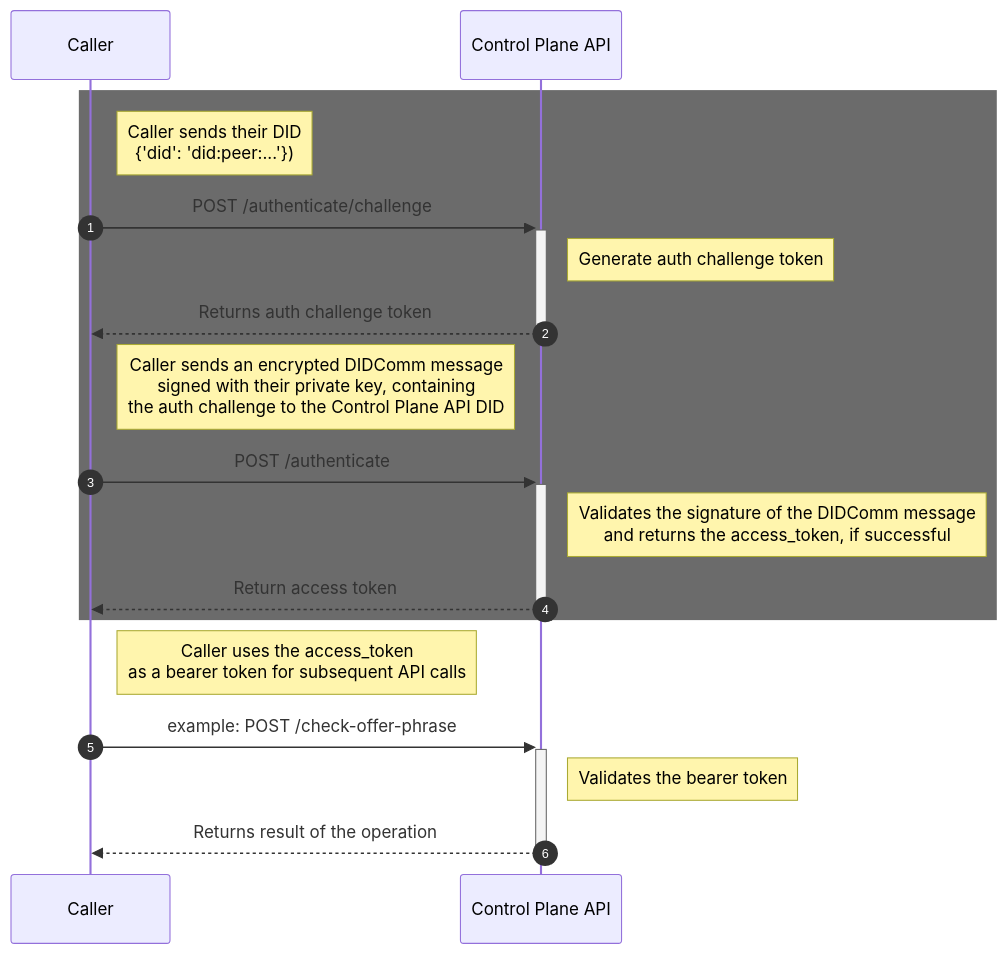
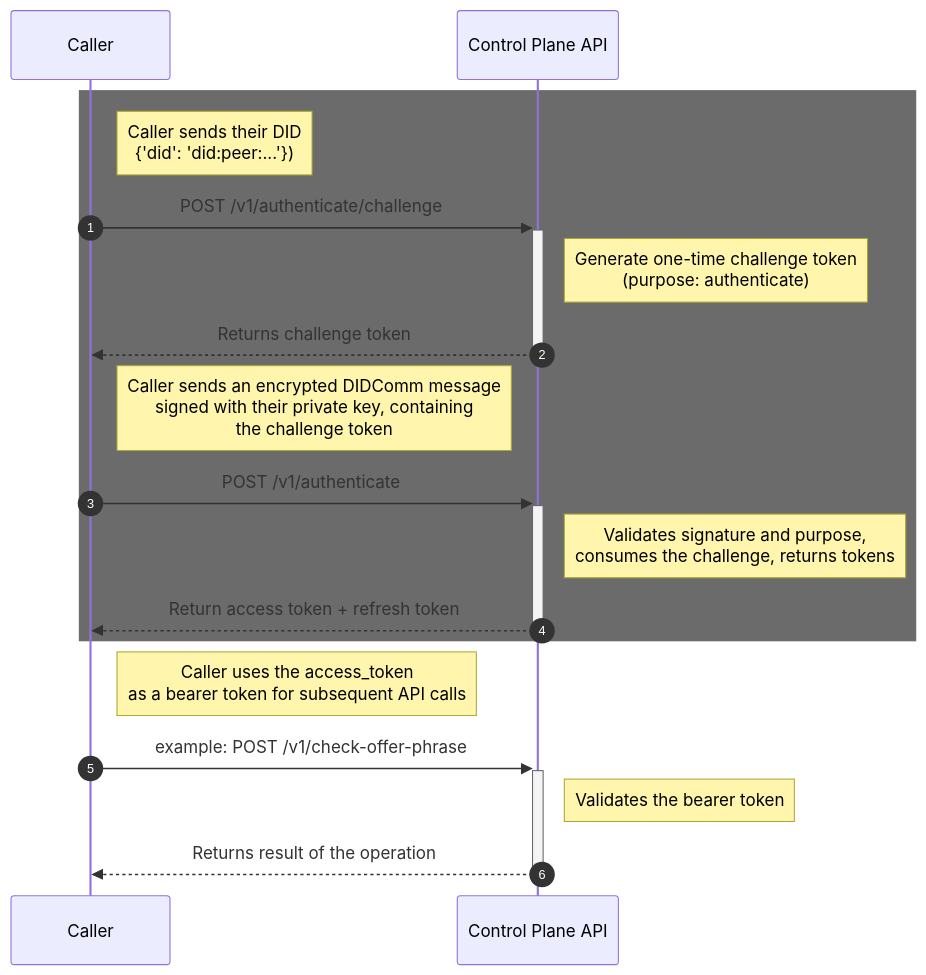
The first of 2 diagrams in docs/authentication.md (affinidi/affinidi-meetingplace-controlplane-api-dart), drawn with Mermaid before and after one commit. The commit also changed other lines of this file and 89 other files, not shown here.

First line of the commit message:
feat: add Matrix auth & DID document hosting; enforce challenge replay protection

````diff
--- a/docs/authentication.md
+++ b/docs/authentication.md
@@ -16,23 +22,23 @@
 ```mermaid
 sequenceDiagram
     autonumber
     participant Caller
     participant API as Control Plane API
 
     rect rgb(107, 107, 107)
     note right of Caller: Caller sends their DID<br/>{'did': 'did:peer:...'});
-    Caller->>+API: POST /authenticate/challenge
-    note right of API: Generate auth challenge token  
-    API-->>-Caller: Returns auth challenge token
+    Caller->>+API: POST /v1/authenticate/challenge
+    note right of API: Generate one-time challenge token<br/>(purpose: authenticate)
+    API-->>-Caller: Returns challenge token
 
-    note right of Caller: Caller sends an encrypted DIDComm message<br/> signed with their private key, containing<br/> the auth challenge to the Control Plane API DID
-    Caller->>+API: POST /authenticate
-    note right of API: Validates the signature of the DIDComm message<br/>and returns the access_token, if successful
-    API-->>-Caller: Return access token
+    note right of Caller: Caller sends an encrypted DIDComm message<br/> signed with their private key, containing<br/> the challenge token
+    Caller->>+API: POST /v1/authenticate
+    note right of API: Validates signature and purpose,<br/>consumes the challenge, returns tokens
+    API-->>-Caller: Return access token + refresh token
     end
     note right of Caller: Caller uses the access_token<br/>as a bearer token for subsequent API calls
-    Caller->>+API: example: POST /check-offer-phrase
+    Caller->>+API: example: POST /v1/check-offer-phrase
     note right of API: Validates the bearer token
     API-->>-Caller: Returns result of the operation
 
 ```
````
